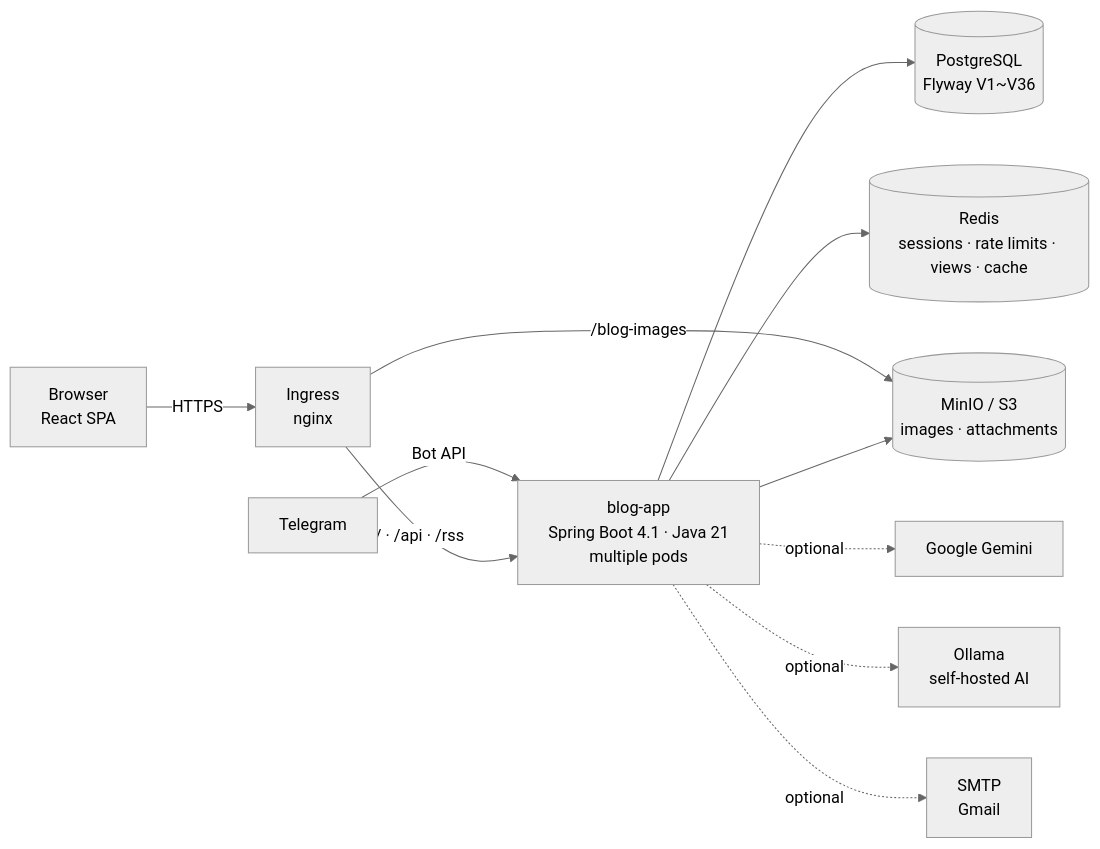
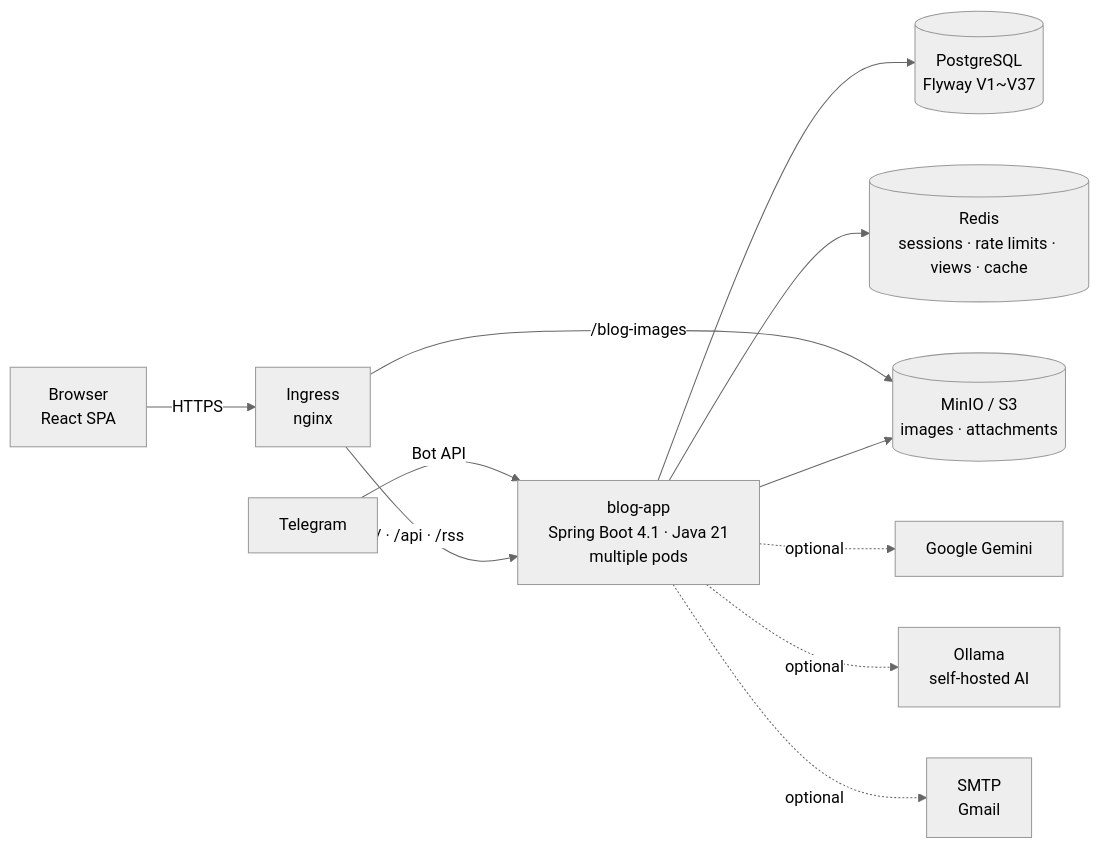
The first of 3 diagrams in README.en.md (AIGJ-01-002-blog/devlog), drawn with Mermaid (neutral theme) before and after one commit. The commit also changed other lines of this file and 23 other files, not shown here.

````diff
--- a/README.en.md
+++ b/README.en.md
@@ -151,13 +151,13 @@
 ```mermaid
 flowchart LR
     B[Browser<br/>React SPA] -->|HTTPS| I[Ingress<br/>nginx]
     T[Telegram] -->|Bot API| A
     I -->|/ · /api · /rss| A[blog-app<br/>Spring Boot 4.1 · Java 21<br/>multiple pods]
     I -->|/blog-images| M[(MinIO / S3<br/>images · attachments)]
-    A --> P[(PostgreSQL<br/>Flyway V1~V36)]
+    A --> P[(PostgreSQL<br/>Flyway V1~V37)]
     A --> R[(Redis<br/>sessions · rate limits · views · cache)]
     A --> M
     A -.optional.-> G[Google Gemini]
     A -.optional.-> O[Ollama<br/>self-hosted AI]
     A -.optional.-> S[SMTP<br/>Gmail]
 ```
````
